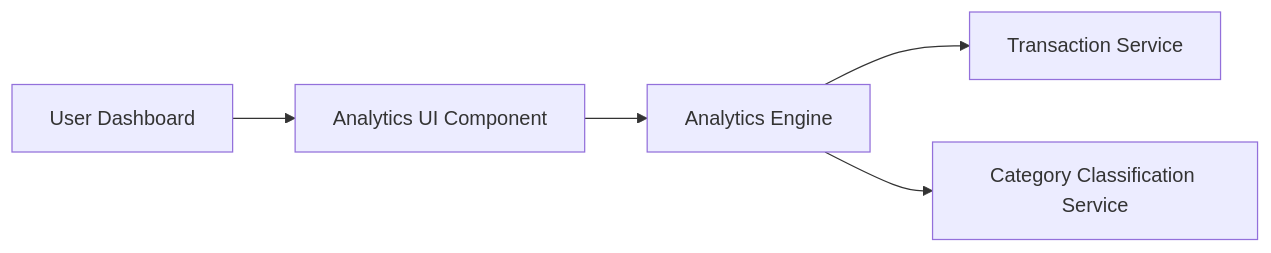
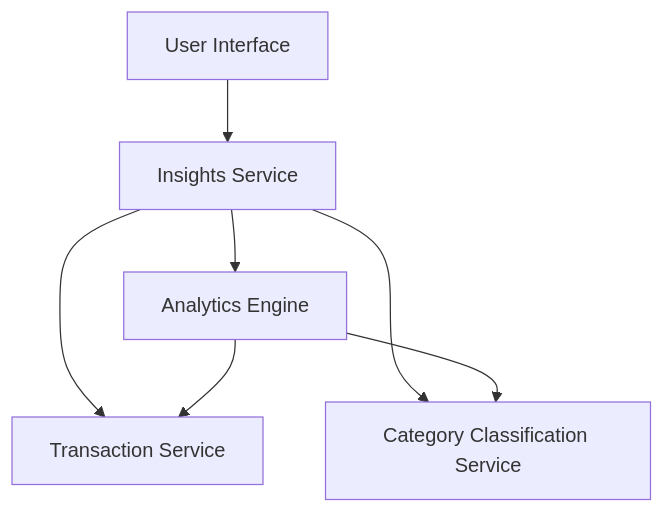
Before and after one commit to AAVA-Demo/APB_Demo: the diagram in HLD/QE-7944_HLD.md, drawn with Mermaid. The commit also changed other lines of this file and 5 other files, not shown here.

````diff
--- a/HLD/QE-7944_HLD.md
+++ b/HLD/QE-7944_HLD.md
@@ -7,12 +7,14 @@
 ```mermaid
-flowchart LR
-    A["User Dashboard"]
-    B["Analytics UI Component"]
-    C["Analytics Engine"]
-    D["Transaction Service"]
-    E["Category Classification Service"]
+flowchart TD
+    A["User Interface"]
+    B["Insights Service"]
+    C["Transaction Service"]
+    D["Category Classification Service"]
+    E["Analytics Engine"]
     A --> B
     B --> C
-    C --> D
-    C --> E
+    B --> D
+    B --> E
+    E --> C
+    E --> D
 ```
````
